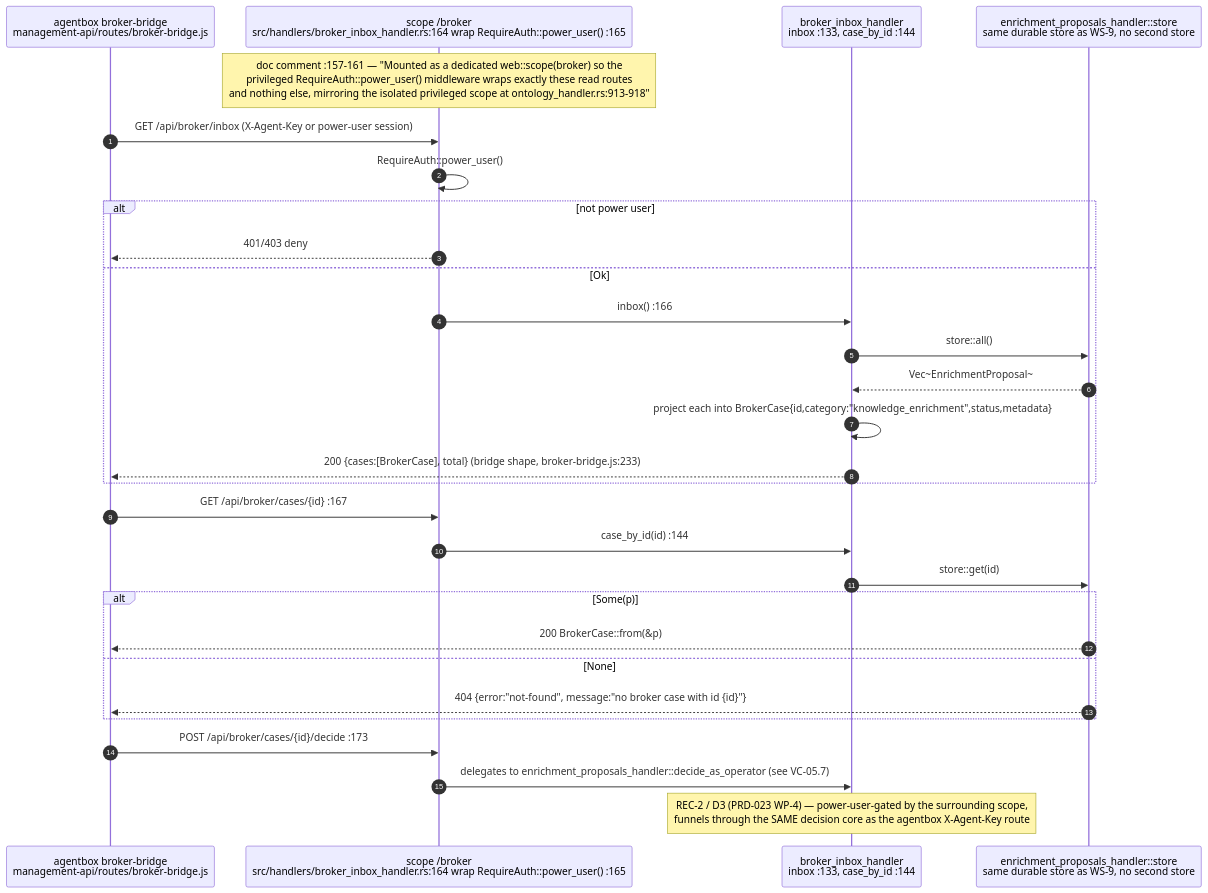
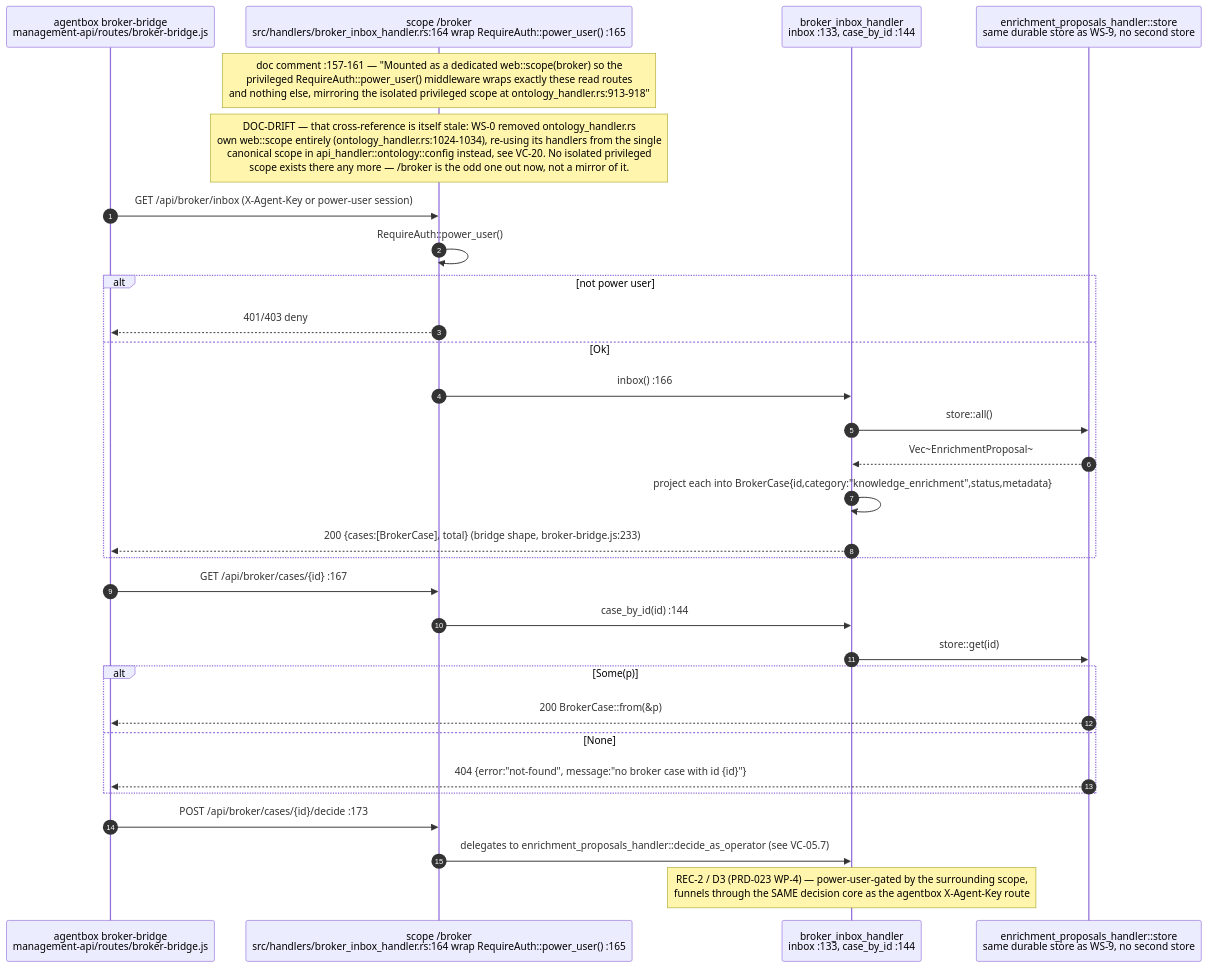
One commit to DreamLab-AI/VisionFlow changed the eighth of 18 diagrams in docs/diagrams/visionclaw/05-handlers-governance-and-identity.md. Above: the diagram before and after it, drawn with Mermaid. The commit also changed other lines of this file and 185 other files, not shown here.

Commit message:
docs(estate): reconcile diagrams and ADRs with source and define closeout sprint

````diff
--- a/docs/diagrams/visionclaw/05-handlers-governance-and-identity.md
+++ b/docs/diagrams/visionclaw/05-handlers-governance-and-identity.md
@@ -434,32 +435,33 @@
 ```mermaid
 sequenceDiagram
     autonumber
     participant C as agentbox broker-bridge<br/>management-api/routes/broker-bridge.js
     participant SC as scope /broker<br/>src/handlers/broker_inbox_handler.rs:164 wrap RequireAuth::power_user() :165
     participant H as broker_inbox_handler<br/>inbox :133, case_by_id :144
     participant ST as enrichment_proposals_handler::store<br/>same durable store as WS-9, no second store
 
     Note over SC: doc comment :157-161 — "Mounted as a dedicated web::scope(broker) so the<br/>privileged RequireAuth::power_user() middleware wraps exactly these read routes<br/>and nothing else, mirroring the isolated privileged scope at ontology_handler.rs:913-918"
+    Note over SC: DOC-DRIFT — that cross-reference is itself stale: WS-0 removed ontology_handler.rs<br/>own web::scope entirely (ontology_handler.rs:1024-1034), re-using its handlers from the single<br/>canonical scope in api_handler::ontology::config instead, see VC-20. No isolated privileged<br/>scope exists there any more — /broker is the odd one out now, not a mirror of it.
     C->>SC: GET /api/broker/inbox (X-Agent-Key or power-user session)
     SC->>SC: RequireAuth::power_user()
     alt not power user
         SC-->>C: 401/403 deny
     else Ok
         SC->>H: inbox() :166
         H->>ST: store::all()
         ST-->>H: Vec~EnrichmentProposal~
         H->>H: project each into BrokerCase{id,category:"knowledge_enrichment",status,metadata}
         H-->>C: 200 {cases:[BrokerCase], total} (bridge shape, broker-bridge.js:233)
     end
     C->>SC: GET /api/broker/cases/{id} :167
     SC->>H: case_by_id(id) :144
     H->>ST: store::get(id)
     alt Some(p)
         ST-->>C: 200 BrokerCase::from(&p)
     else None
         ST-->>C: 404 {error:"not-found", message:"no broker case with id {id}"}
     end
     C->>SC: POST /api/broker/cases/{id}/decide :173
     SC->>H: delegates to enrichment_proposals_handler::decide_as_operator (see VC-05.7)
     Note over H: REC-2 / D3 (PRD-023 WP-4) — power-user-gated by the surrounding scope,<br/>funnels through the SAME decision core as the agentbox X-Agent-Key route
 ```
````
